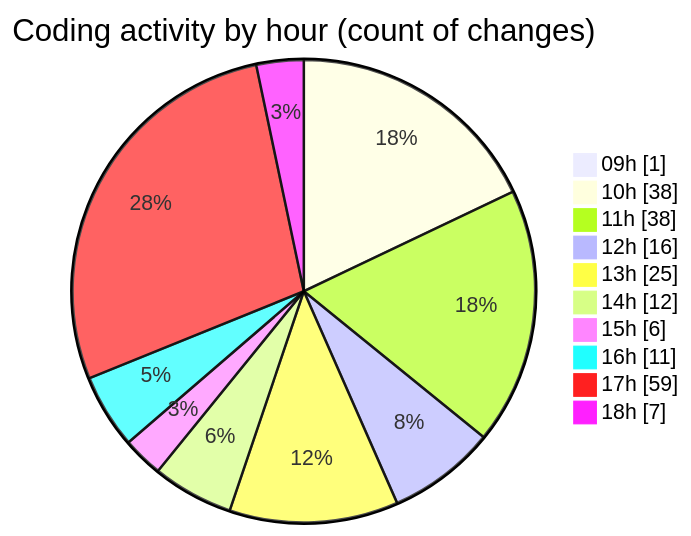
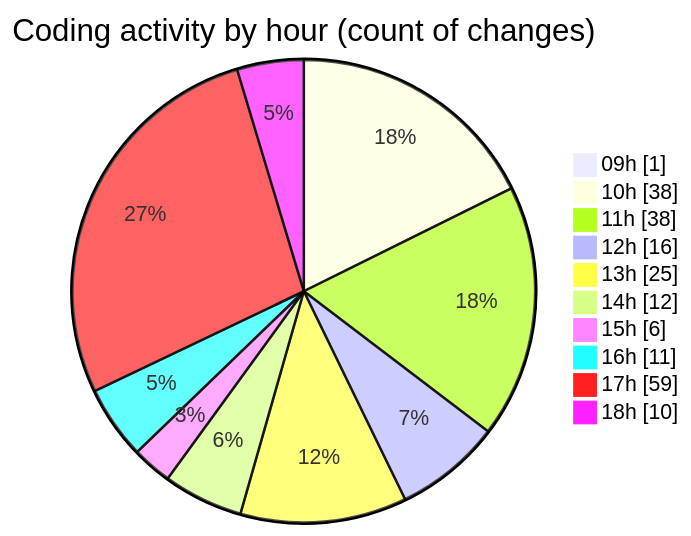
One commit to momahboobian/code-tracking changed the second of 2 diagrams in 2026-01-07/cda/README.md. Above: the diagram before and after it, drawn with Mermaid. The commit also changed other lines of this file and 1 other file, not shown here.

````diff
--- a/2026-01-07/cda/README.md
+++ b/2026-01-07/cda/README.md
@@ -62,14 +62,14 @@
 ```mermaid
 pie showData
 title Coding activity by hour (count of changes)
 "09h" : 1
 "10h" : 38
 "11h" : 38
 "12h" : 16
 "13h" : 25
 "14h" : 12
 "15h" : 6
 "16h" : 11
 "17h" : 59
-"18h" : 7
+"18h" : 10
 ```
````
